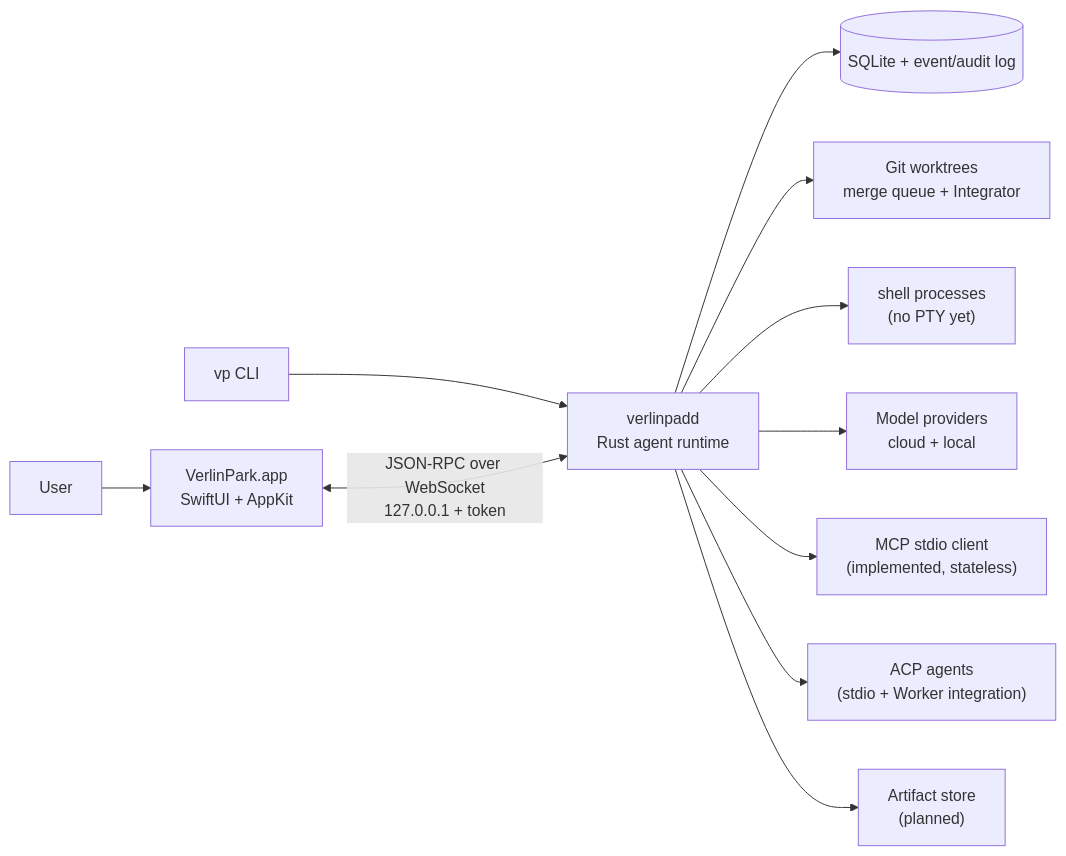
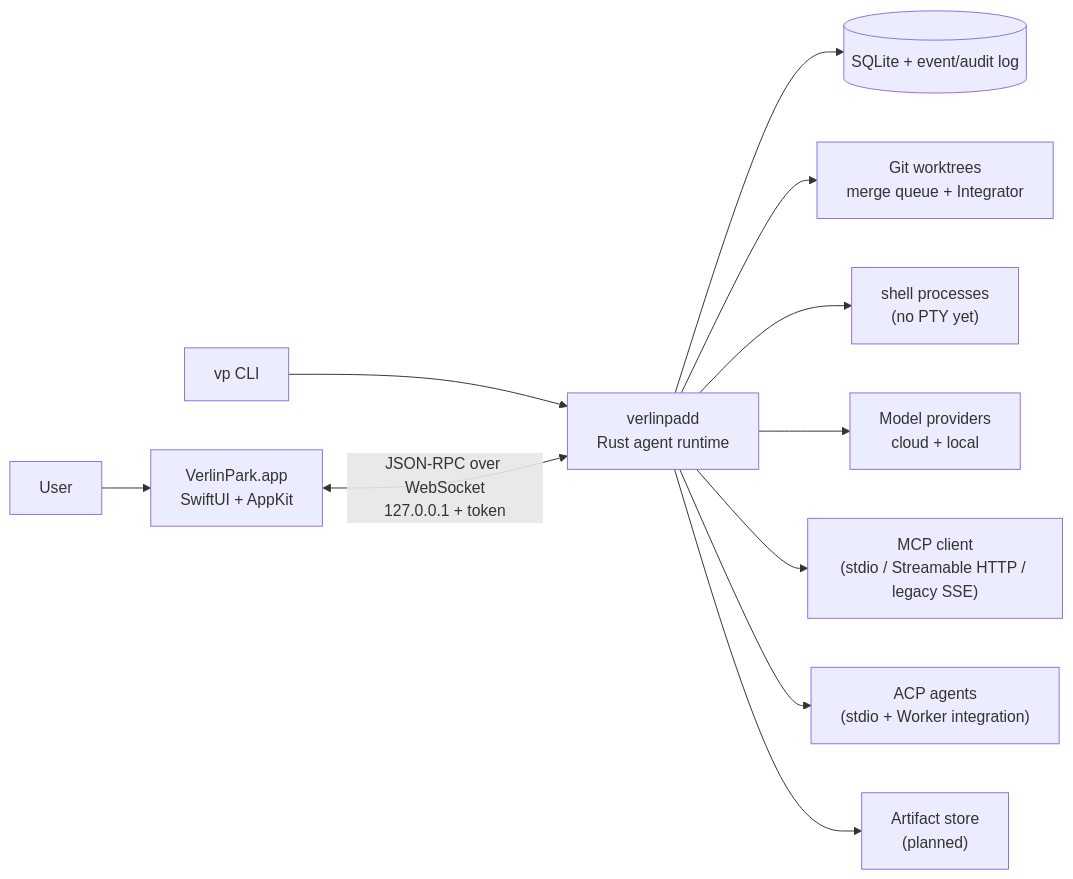
One commit to Verlintas/VerlinPark changed the diagram in README.md. Above: the diagram before and after it, drawn with Mermaid. The commit also changed other lines of this file and 28 other files, not shown here.

Commit message:
feat: add MCP HTTP and SSE transports

````diff
--- a/README.md
+++ b/README.md
@@ -74,13 +74,13 @@
 ```mermaid
 flowchart LR
   U[User] --> APP["VerlinPark.app<br/>SwiftUI + AppKit"]
   CLI["vp CLI"] --> CORE
   APP <-->|"JSON-RPC over WebSocket<br/>127.0.0.1 + token"| CORE["verlinpadd<br/>Rust agent runtime"]
   CORE --> DB[("SQLite + event/audit log")]
   CORE --> GIT["Git worktrees<br/>merge queue + Integrator"]
   CORE --> PTY["shell processes<br/>(no PTY yet)"]
   CORE --> LLM["Model providers<br/>cloud + local"]
-  CORE --> MCP["MCP stdio client<br/>(implemented, stateless)"]
+  CORE --> MCP["MCP client<br/>(stdio / Streamable HTTP / legacy SSE)"]
   CORE --> ACP["ACP agents<br/>(stdio + Worker integration)"]
   CORE --> ART["Artifact store<br/>(planned)"]
 ```
````
